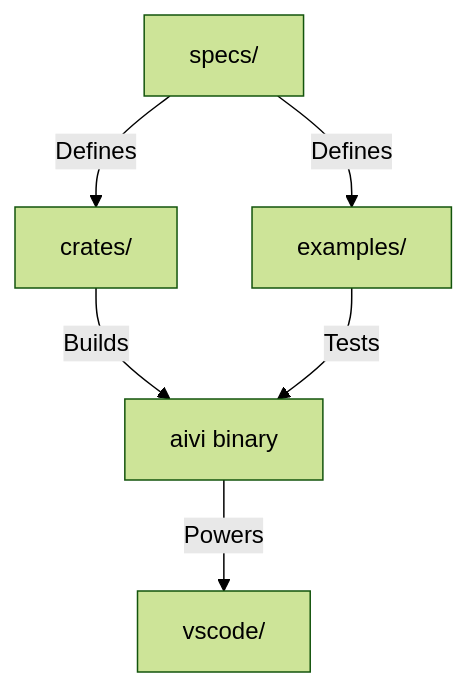
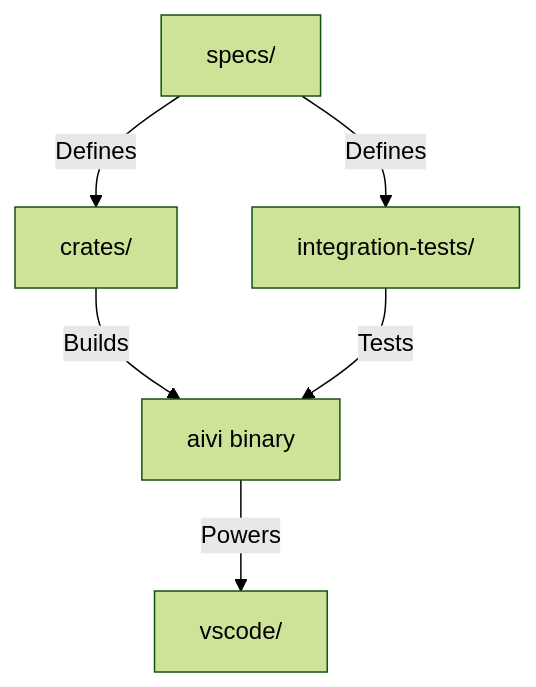
Before and after one commit to Aivi-Language/aivi: the diagram in AGENTS.md, drawn with Mermaid (forest theme). The commit also changed other lines of this file and 793 other files, not shown here.

Commit message:
start integration tests

````diff
--- a/AGENTS.md
+++ b/AGENTS.md
@@ -24,8 +24,8 @@
 ```mermaid
 graph TD
     Specs[specs/] -->|Defines| Crates[crates/]
-    Specs -->|Defines| Examples[examples/]
+    Specs -->|Defines| Tests[integration-tests/]
     Crates -->|Builds| Binary[aivi binary]
     Binary -->|Powers| VSCode[vscode/]
-    Examples -->|Tests| Binary
+    Tests -->|Tests| Binary
 ```
````
